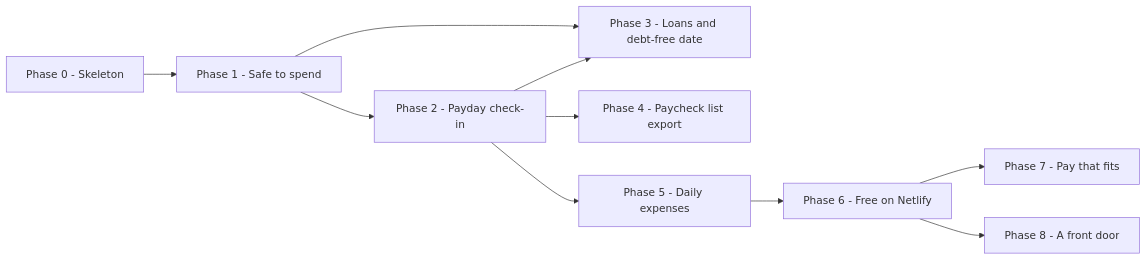
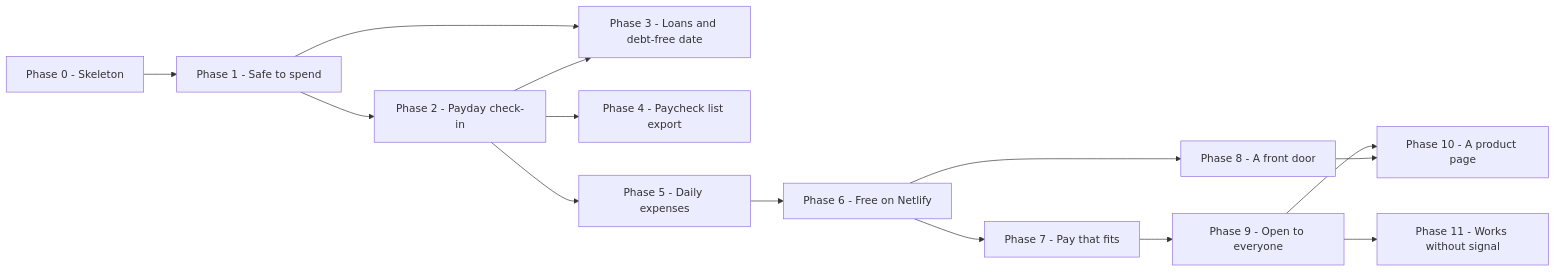
One commit to jamesm-dev/payday-dev changed the diagram in .idea/ROADMAP.md. Above: the diagram before and after it, drawn with Mermaid. The commit also changed other lines of this file and 15 other files, not shown here.

First line of the commit message:
docs(plan): Phases 9 to 11 shaped: open to everyone, a product page, works without signal

````diff
--- a/.idea/ROADMAP.md
+++ b/.idea/ROADMAP.md
@@ -34,12 +39,16 @@
 ```mermaid
 graph LR
   P0[Phase 0 - Skeleton] --> P1[Phase 1 - Safe to spend]
   P1 --> P2[Phase 2 - Payday check-in]
   P1 --> P3[Phase 3 - Loans and debt-free date]
   P2 --> P3
   P2 --> P4[Phase 4 - Paycheck list export]
   P2 --> P5[Phase 5 - Daily expenses]
   P5 --> P6[Phase 6 - Free on Netlify]
   P6 --> P7[Phase 7 - Pay that fits]
   P6 --> P8[Phase 8 - A front door]
+  P7 --> P9[Phase 9 - Open to everyone]
+  P9 --> P10[Phase 10 - A product page]
+  P8 --> P10
+  P9 --> P11[Phase 11 - Works without signal]
 ```
````
